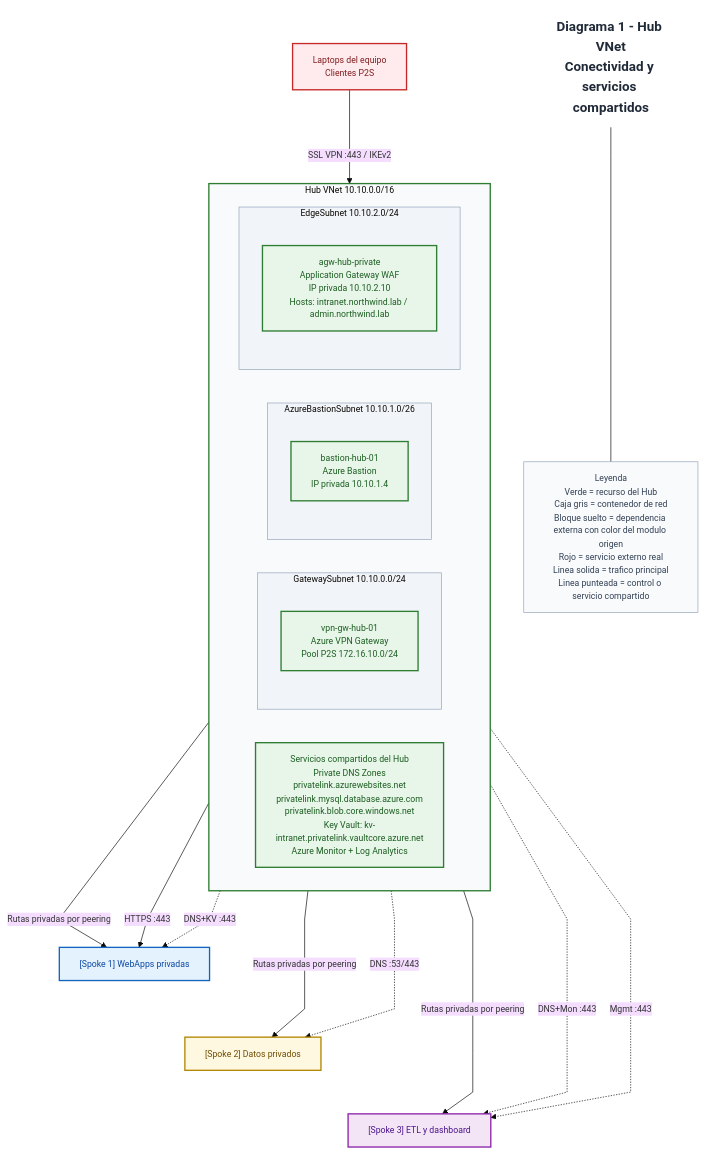
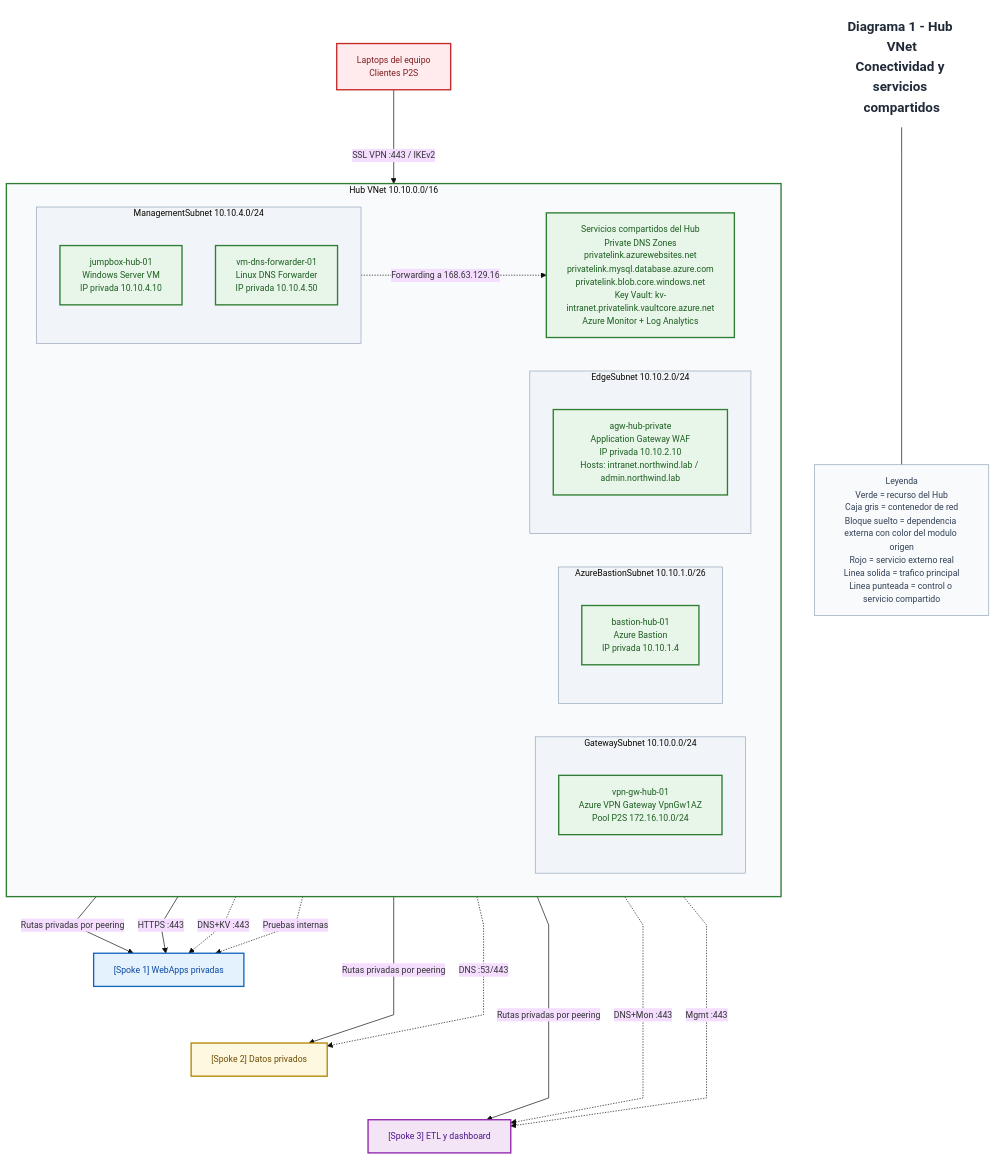
The second of 5 diagrams in README.md (Eickyair/azure-hubspoke-private-intranet), drawn with Mermaid before and after one commit. The commit also changed other lines of this file and 6 other files, not shown here.

Commit message:
docs: update architecture diagrams and component documentation to align with Terraform infrastructure

````diff
--- a/README.md
+++ b/README.md
@@ -350,58 +350,67 @@
 ```mermaid
 %%{init: {"theme": "base", "flowchart": {"curve": "linear", "nodeSpacing": 50, "rankSpacing": 65}, "themeVariables": {"fontFamily": "Trebuchet MS", "fontSize": "13px"}} }%%
 flowchart TB
     title["Diagrama 1 - Hub VNet<br/>Conectividad y servicios compartidos"]:::title
     legend["Leyenda<br/>Verde = recurso del Hub<br/>Caja gris = contenedor de red<br/>Bloque suelto = dependencia externa con color del modulo origen<br/>Rojo = servicio externo real<br/>Linea solida = trafico principal<br/>Linea punteada = control o servicio compartido"]:::legend
     title --- legend
 
     subgraph hubvnet["Hub VNet 10.10.0.0/16"]
         direction LR
         subgraph gwsubnet["GatewaySubnet 10.10.0.0/24"]
             direction TB
-            vpn["vpn-gw-hub-01<br/>Azure VPN Gateway<br/>Pool P2S 172.16.10.0/24"]:::hub
+            vpn["vpn-gw-hub-01<br/>Azure VPN Gateway VpnGw1AZ<br/>Pool P2S 172.16.10.0/24"]:::hub
         end
 
         subgraph bastionsubnet["AzureBastionSubnet 10.10.1.0/26"]
             direction TB
             bastion["bastion-hub-01<br/>Azure Bastion<br/>IP privada 10.10.1.4"]:::hub
         end
 
         subgraph edgesubnet["EdgeSubnet 10.10.2.0/24"]
             direction TB
             agw["agw-hub-private<br/>Application Gateway WAF<br/>IP privada 10.10.2.10<br/>Hosts: intranet.northwind.lab / admin.northwind.lab"]:::hub
+        end
+
+        subgraph mgmtsubnet["ManagementSubnet 10.10.4.0/24"]
+            direction TB
+            jumpbox["jumpbox-hub-01<br/>Windows Server VM<br/>IP privada 10.10.4.10"]:::hub
+            dnsforwarder["vm-dns-forwarder-01<br/>Linux DNS Forwarder<br/>IP privada 10.10.4.50"]:::hub
         end
 
         shared["Servicios compartidos del Hub<br/>Private DNS Zones<br/>privatelink.azurewebsites.net<br/>privatelink.mysql.database.azure.com<br/>privatelink.blob.core.windows.net<br/>Key Vault: kv-intranet.privatelink.vaultcore.azure.net<br/>Azure Monitor + Log Analytics"]:::hub
     end
 
     laptops["Laptops del equipo<br/>Clientes P2S"]:::external
     spoke1["[Spoke 1] WebApps privadas"]:::app
     spoke2["[Spoke 2] Datos privados"]:::data
     spoke3["[Spoke 3] ETL y dashboard"]:::analytics
 
     laptops -->|"SSL VPN :443 / IKEv2"| vpn
     vpn -->|"Rutas privadas por peering"| spoke1
     vpn -->|"Rutas privadas por peering"| spoke2
     vpn -->|"Rutas privadas por peering"| spoke3
     agw -->|"HTTPS :443"| spoke1
     shared -.->|"DNS+KV :443"| spoke1
     shared -.->|"DNS :53/443"| spoke2
     shared -.->|"DNS+Mon :443"| spoke3
     bastion -.->|"Mgmt :443"| spoke3
+    jumpbox -.->|"Pruebas internas"| spoke1
+    dnsforwarder -.->|"Forwarding a 168.63.129.16"| shared
 
     spoke1 ~~~ spoke2
     spoke2 ~~~ spoke3
 
     style hubvnet fill:#f8fafc,stroke:#2e7d32,stroke-width:2px;
     style gwsubnet fill:#f1f5f9,stroke:#94a3b8,stroke-width:1px;
     style bastionsubnet fill:#f1f5f9,stroke:#94a3b8,stroke-width:1px;
     style edgesubnet fill:#f1f5f9,stroke:#94a3b8,stroke-width:1px;
+    style mgmtsubnet fill:#f1f5f9,stroke:#94a3b8,stroke-width:1px;
 
     classDef title fill:#ffffff,stroke:#ffffff,color:#1f2937,font-size:20px,font-weight:bold;
     classDef legend fill:#f8fafc,stroke:#94a3b8,color:#334155;
     classDef hub fill:#e8f5e9,stroke:#2e7d32,color:#1b5e20,stroke-width:2px;
     classDef app fill:#e3f2fd,stroke:#1565c0,color:#0d47a1,stroke-width:2px;
     classDef data fill:#fff8e1,stroke:#b28704,color:#6d4c00,stroke-width:2px;
     classDef analytics fill:#f3e5f5,stroke:#8e24aa,color:#4a148c,stroke-width:2px;
     classDef external fill:#ffebee,stroke:#c62828,color:#7f1d1d,stroke-width:2px;
 ```
````
